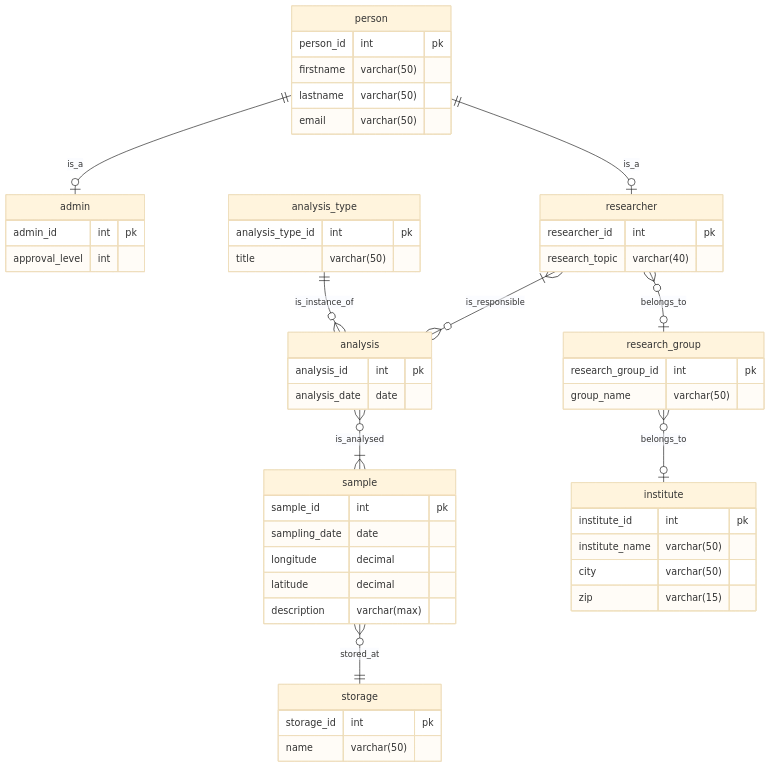
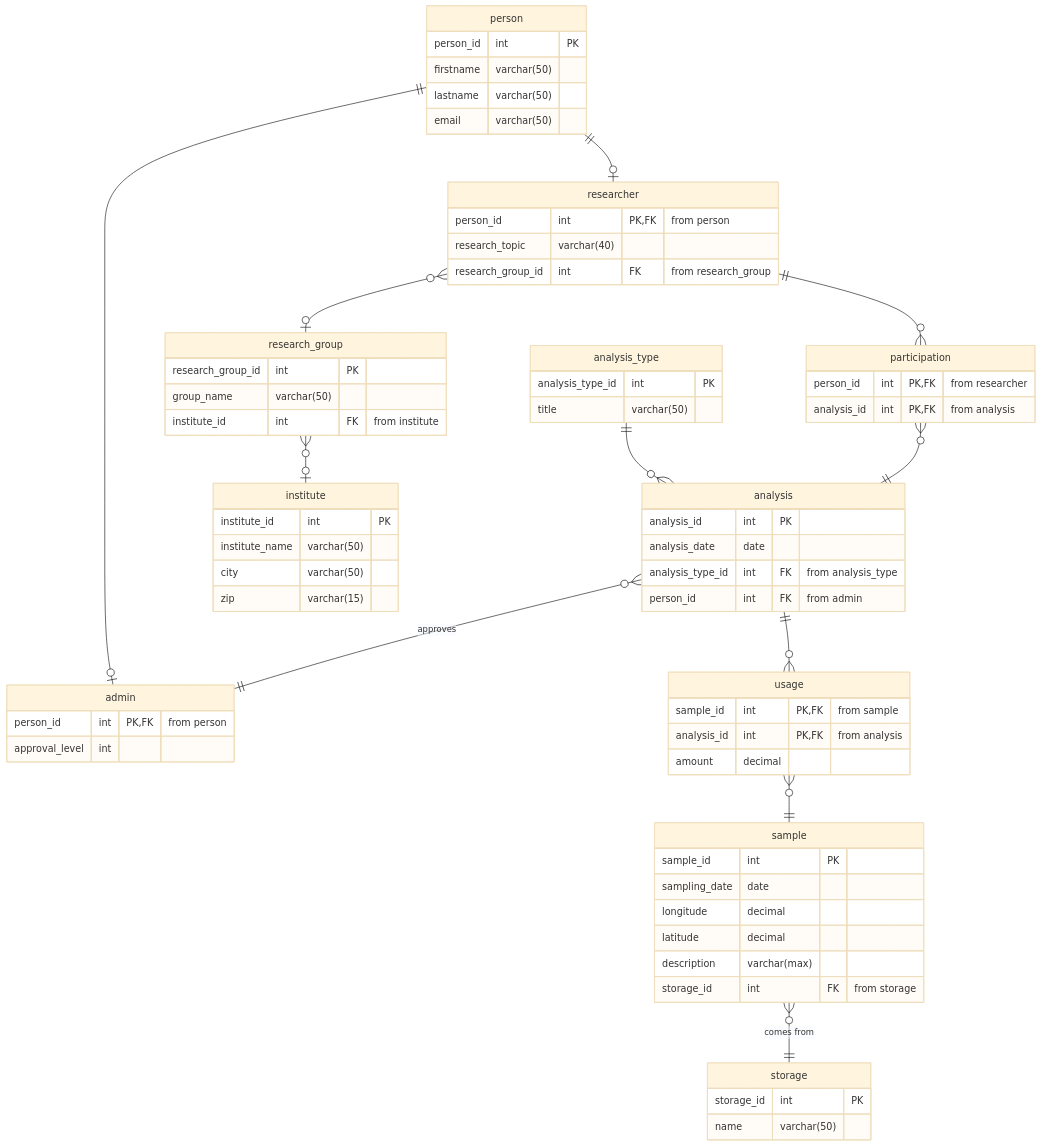
One commit to mckoh/data-book changed the diagram in docs_source/solutions/mt_research.md. Above: the diagram before and after it, drawn with Mermaid (base theme). The commit also changed other lines of this file, not shown here.

Commit message:
added FKs

````diff
--- a/docs_source/solutions/mt_research.md
+++ b/docs_source/solutions/mt_research.md
@@ -5,56 +7,81 @@
 ```mermaid
 erDiagram
 
     person {
-        person_id int pk
+        person_id int PK
         firstname varchar(50)
         lastname varchar(50)
         email varchar(50)
     }
     admin {
-        admin_id int pk
+        person_id int PK, FK "from person"
         approval_level int
     }
     researcher {
-        researcher_id int pk
+        person_id int PK, FK "from person"
         research_topic varchar(40)
+        research_group_id int FK "from research_group"
     }
     sample {
-        sample_id int pk
+        sample_id int PK
         sampling_date date
         longitude decimal
         latitude decimal
         description varchar(max)
+        storage_id int FK "from storage"
     }
     analysis {
-        analysis_id int pk
+        analysis_id int PK
         analysis_date date
+        analysis_type_id int FK "from analysis_type"
+        person_id int FK "from admin"
     }
+
     analysis_type {
-        analysis_type_id int pk
+        analysis_type_id int PK
         title varchar(50)
     }
     institute {
-        institute_id int pk
+        institute_id int PK
         institute_name varchar(50)
         city varchar(50)
         zip varchar(15)
     }
+
+    usage {
+        sample_id int PK, FK "from sample"
+        analysis_id int PK, FK "from analysis"
+        amount decimal
+    }
+
+    participation {
+        person_id int PK, FK "from researcher"
+        analysis_id int PK, FK "from analysis"
+    }
+
     research_group {
-        research_group_id int pk
+        research_group_id int PK
         group_name varchar(50)
+        institute_id int FK "from institute"
     }
+
     storage {
-        storage_id int pk
+        storage_id int PK
         name varchar(50)
     }
 
-    researcher }o--o| research_group : belongs_to
-    research_group }o--o| institute : belongs_to
-    analysis_type ||--o{ analysis : is_instance_of
-    researcher }|--o{ analysis : is_responsible
-    analysis }o--|{ sample : is_analysed
-    sample }o--|| storage : stored_at
-    person ||--o|  admin: is_a
-    person ||--o| researcher: is_a
+    researcher }o--o| research_group : ""
+    research_group }o--o| institute : ""
+    analysis_type ||--o{ analysis : ""
+
+    researcher ||--o{ participation : ""
+    participation }o--|| analysis : ""
+
+    analysis ||--o{ usage : ""
+    usage }o--|| sample : ""
+
+    sample }o--|| storage : "comes from"
+    person ||--o|  admin: ""
+    person ||--o| researcher: ""
+    analysis }o--|| admin: "approves"
 ```
````
